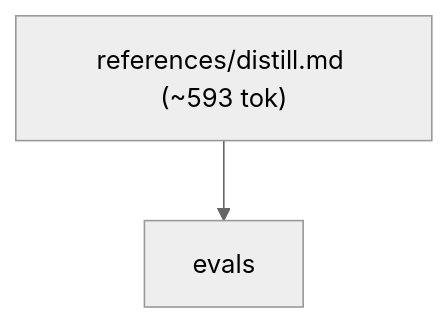
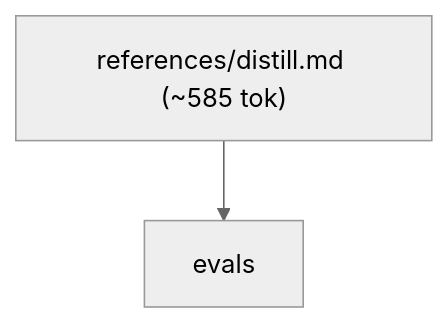
The fourth of 7 diagrams in skills/varde-learn/FLOW.md (alecegg/varde), drawn with Mermaid (neutral theme) before and after one commit. The commit also changed other lines of this file and 269 other files, not shown here.

````diff
--- a/skills/varde-learn/FLOW.md
+++ b/skills/varde-learn/FLOW.md
@@ -57,6 +60,6 @@
 ```mermaid
 flowchart TD
-  n0["references/distill.md (~593 tok)"]
+  n0["references/distill.md (~585 tok)"]
   n1["evals"]
   n0 --> n1
 ```
````
